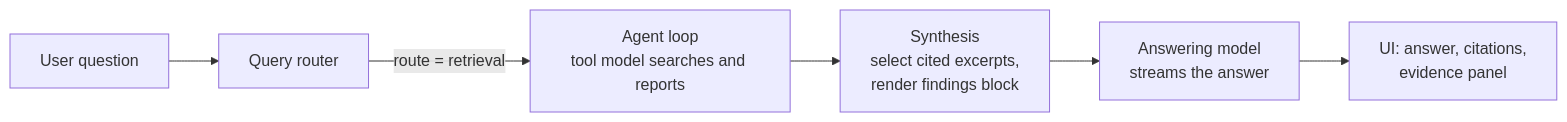
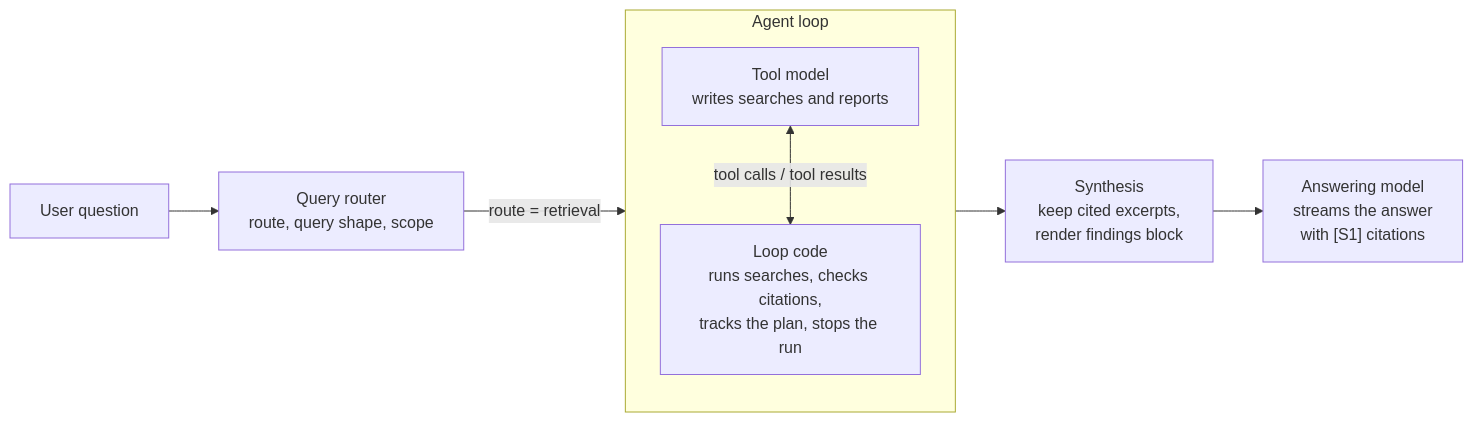
Before and after one commit to akimalikhanov/ai_financial_copilot: the first of 16 diagrams in docs/prod_docs/agent_design.md, drawn with Mermaid. The commit also changed other lines of this file and 18 other files, not shown here.

````diff
--- a/docs/prod_docs/agent_design.md
+++ b/docs/prod_docs/agent_design.md
@@ -62,8 +55,13 @@
 ```mermaid
 flowchart LR
-    Q["User question"] --> R["Query router"]
-    R -->|"route = retrieval"| L["Agent loop<br/>tool model searches and reports"]
-    L --> S["Synthesis<br/>select cited excerpts,<br/>render findings block"]
-    S --> A["Answering model<br/>streams the answer"]
-    A --> U["UI: answer, citations,<br/>evidence panel"]
+    Q["User question"] --> R["Query router<br/>route, query shape, scope"]
+    R -->|"route = retrieval"| TM
+    subgraph LOOP["Agent loop"]
+        direction TB
+        TM["Tool model<br/>writes searches and reports"]
+        PY["Loop code<br/>runs searches, checks citations,<br/>tracks the plan, stops the run"]
+        TM <-->|"tool calls / tool results"| PY
+    end
+    PY --> S["Synthesis<br/>keep cited excerpts,<br/>render findings block"]
+    S --> A["Answering model<br/>streams the answer<br/>with [S1] citations"]
 ```
````
